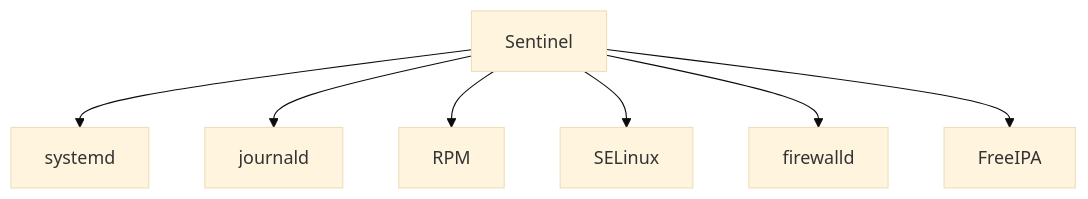
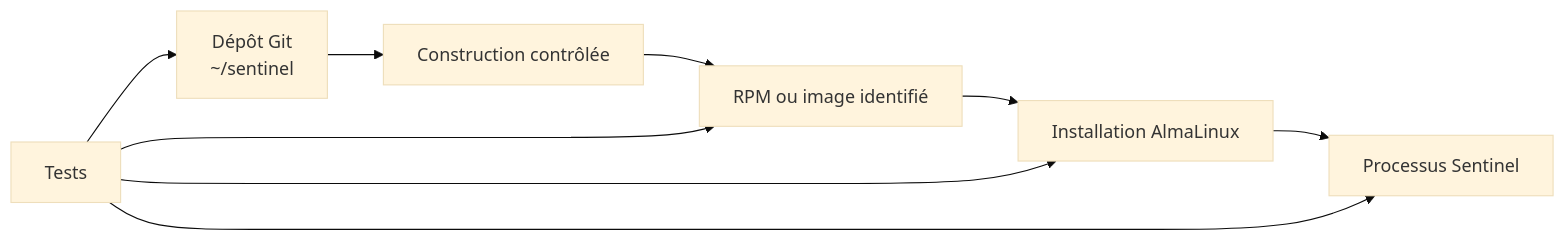
One commit to tdelaclos/formations changed the fourth of 7 diagrams in campagne 1/1.10-creation-laboratoire-sentinel.md. Above: the diagram before and after it, drawn with Mermaid (base theme). The commit also changed other lines of this file and 10 other files, not shown here.

````diff
--- a/campagne 1/1.10-creation-laboratoire-sentinel.md
+++ b/campagne 1/1.10-creation-laboratoire-sentinel.md
@@ -202,17 +121,11 @@
 ```mermaid
-flowchart TD
-
-A["Sentinel"]
-
-A --> B["systemd"]
-
-A --> C["journald"]
-
-A --> D["RPM"]
-
-A --> E["SELinux"]
-
-A --> F["firewalld"]
-
-A --> G["FreeIPA"]
+flowchart LR
+    Git["Dépôt Git\n~/sentinel"] --> Build["Construction contrôlée"]
+    Build --> Artifact["RPM ou image identifié"]
+    Artifact --> Deploy["Installation AlmaLinux"]
+    Deploy --> Runtime["Processus Sentinel"]
+    Tests["Tests"] --> Git
+    Tests --> Artifact
+    Tests --> Deploy
+    Tests --> Runtime
 ```
````
